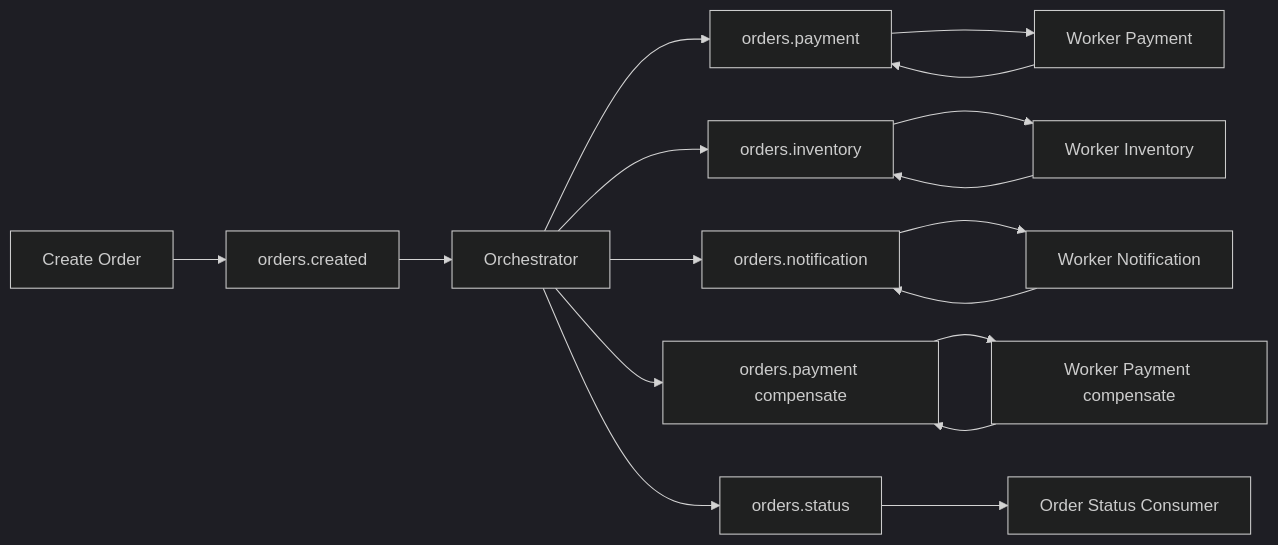
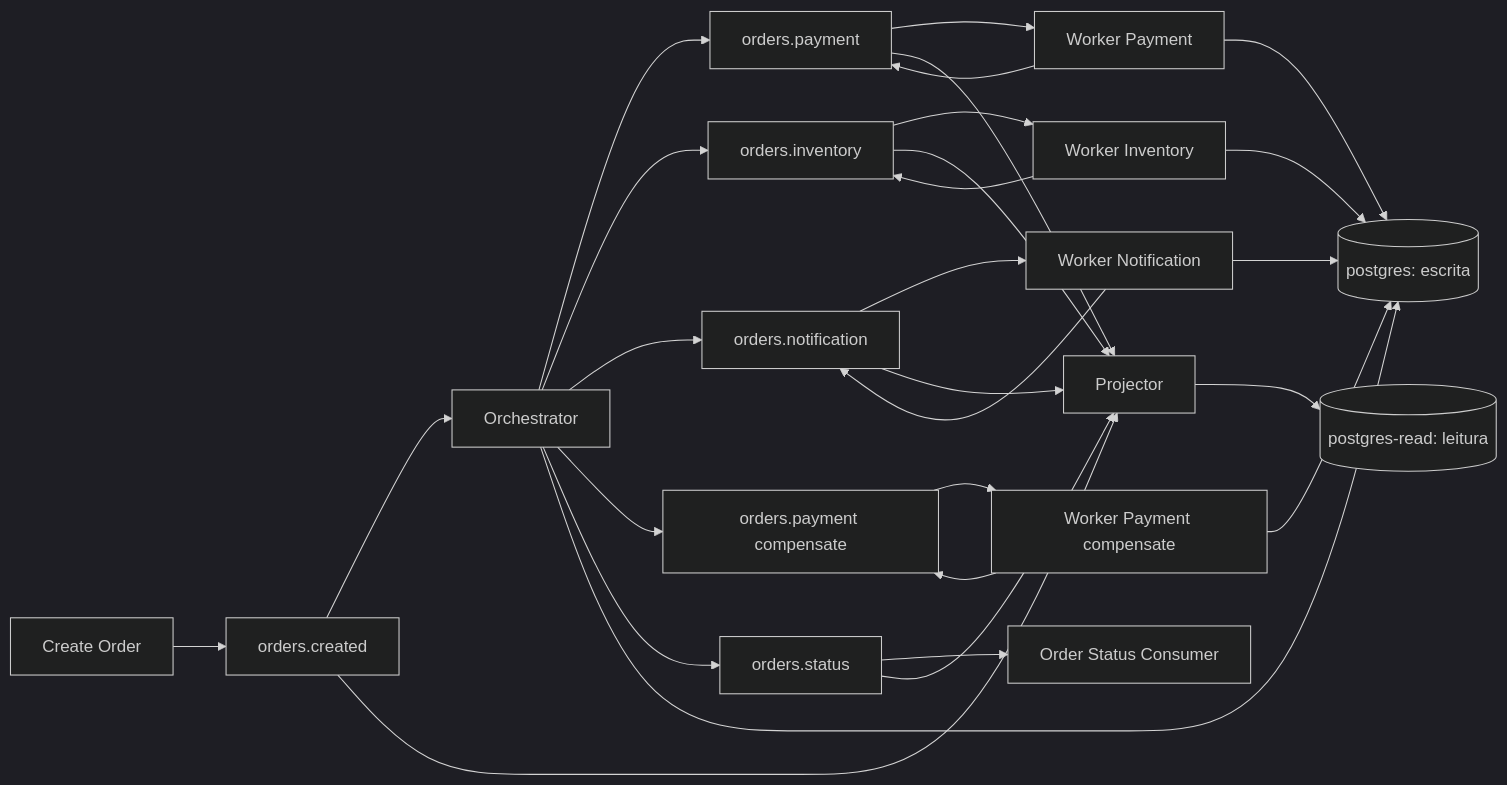
Before and after one commit to alppinheiro/workers-kafka: the first of 4 diagrams in README.md, drawn with Mermaid (dark theme). The commit also changed other lines of this file, not shown here.

Commit message:
docs: atualiza README com persistencia, journal de eventos e read model (CQRS)

````diff
--- a/README.md
+++ b/README.md
@@ -136,19 +137,32 @@
 ```mermaid
 flowchart LR
   CO[Create Order] --> OC[orders.created]
   OC --> ORQ[Orchestrator]
   ORQ --> OP[orders.payment]
   OP --> PAY[Worker Payment]
   PAY --> OP
   ORQ --> OI[orders.inventory]
   OI --> INV[Worker Inventory]
   INV --> OI
   ORQ --> ON[orders.notification]
   ON --> NOTI[Worker Notification]
   NOTI --> ON
   ORQ --> OP_COMP[orders.payment compensate]
   OP_COMP --> PAY_COMP[Worker Payment compensate]
   PAY_COMP --> OP_COMP
   ORQ --> OS[orders.status]
   OS --> AUD[Order Status Consumer]
+
+  ORQ --> PGE[(postgres: escrita)]
+  PAY --> PGE
+  PAY_COMP --> PGE
+  INV --> PGE
+  NOTI --> PGE
+
+  OC --> PROJ[Projector]
+  OP --> PROJ
+  OI --> PROJ
+  ON --> PROJ
+  OS --> PROJ
+  PROJ --> PGR[(postgres-read: leitura)]
 ```
````
